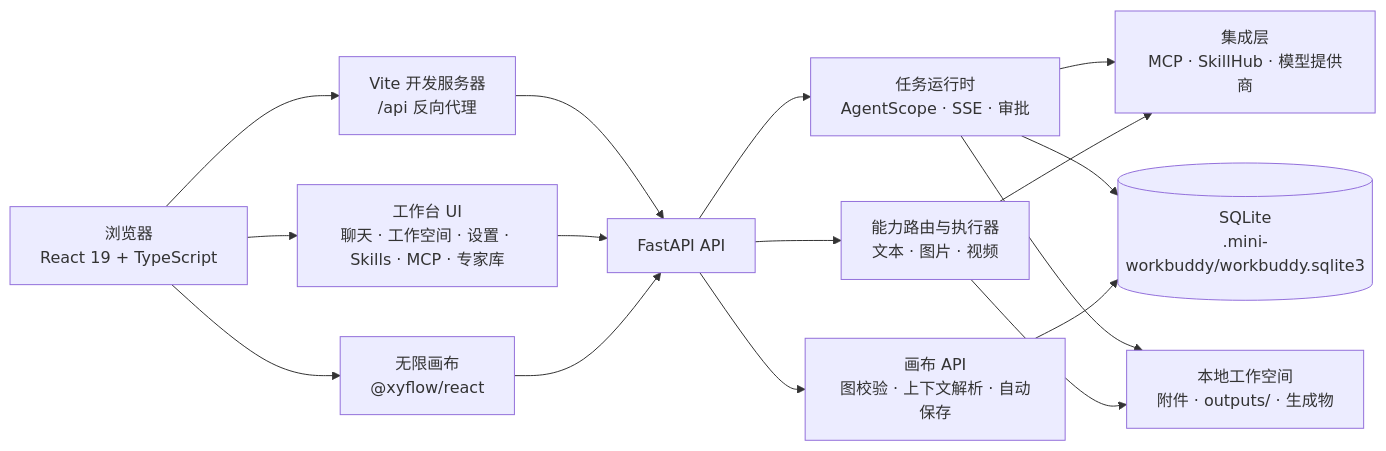
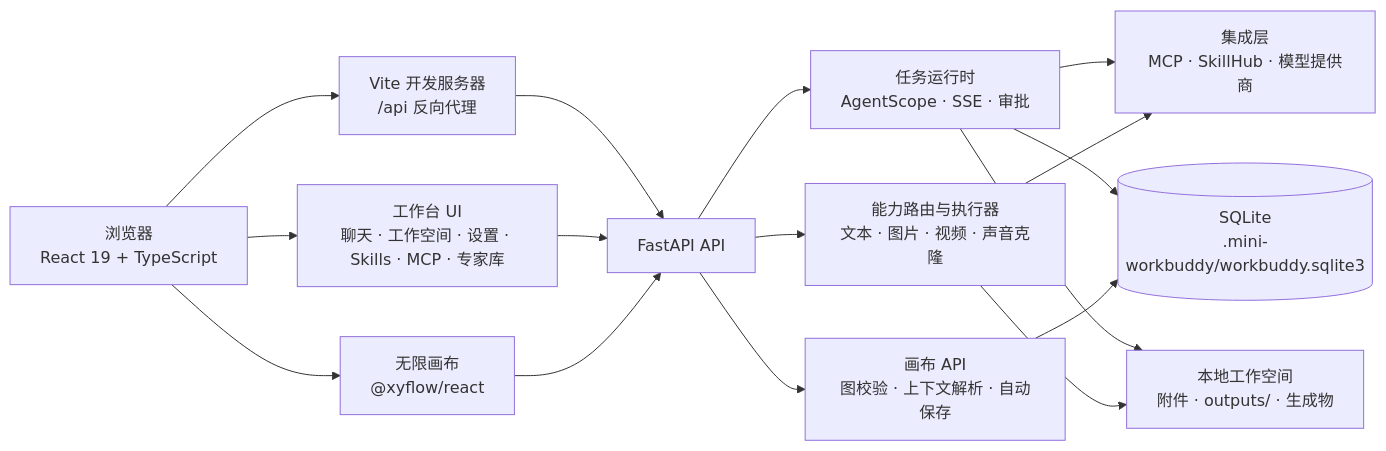
Before and after one commit to AbelZJP/mini-workbuddy: the first of 2 diagrams in README.md, drawn with Mermaid. The commit also changed other lines of this file and 1 other file, not shown here.

````diff
--- a/README.md
+++ b/README.md
@@ -19,30 +19,30 @@
 ```mermaid
 flowchart LR
     Browser["浏览器\nReact 19 + TypeScript"]
     Vite["Vite 开发服务器\n/api 反向代理"]
     API["FastAPI API"]
 
     UI["工作台 UI\n聊天 · 工作空间 · 设置 · Skills · MCP · 专家库"]
     CanvasUI["无限画布\n@xyflow/react"]
     Runtime["任务运行时\nAgentScope · SSE · 审批"]
-    Capability["能力路由与执行器\n文本 · 图片 · 视频"]
+    Capability["能力路由与执行器\n文本 · 图片 · 视频 · 声音克隆"]
     CanvasAPI["画布 API\n图校验 · 上下文解析 · 自动保存"]
     Integrations["集成层\nMCP · SkillHub · 模型提供商"]
     DB[("SQLite\n.mini-workbuddy/workbuddy.sqlite3")]
     Files["本地工作空间\n附件 · outputs/ · 生成物"]
 
     Browser --> UI
     Browser --> CanvasUI
     Browser --> Vite --> API
     UI --> API
     CanvasUI --> API
     API --> Runtime
     API --> Capability
     API --> CanvasAPI
     Runtime --> Integrations
     Capability --> Integrations
     Runtime --> DB
     CanvasAPI --> DB
     Runtime --> Files
     Capability --> Files
 ```
````
